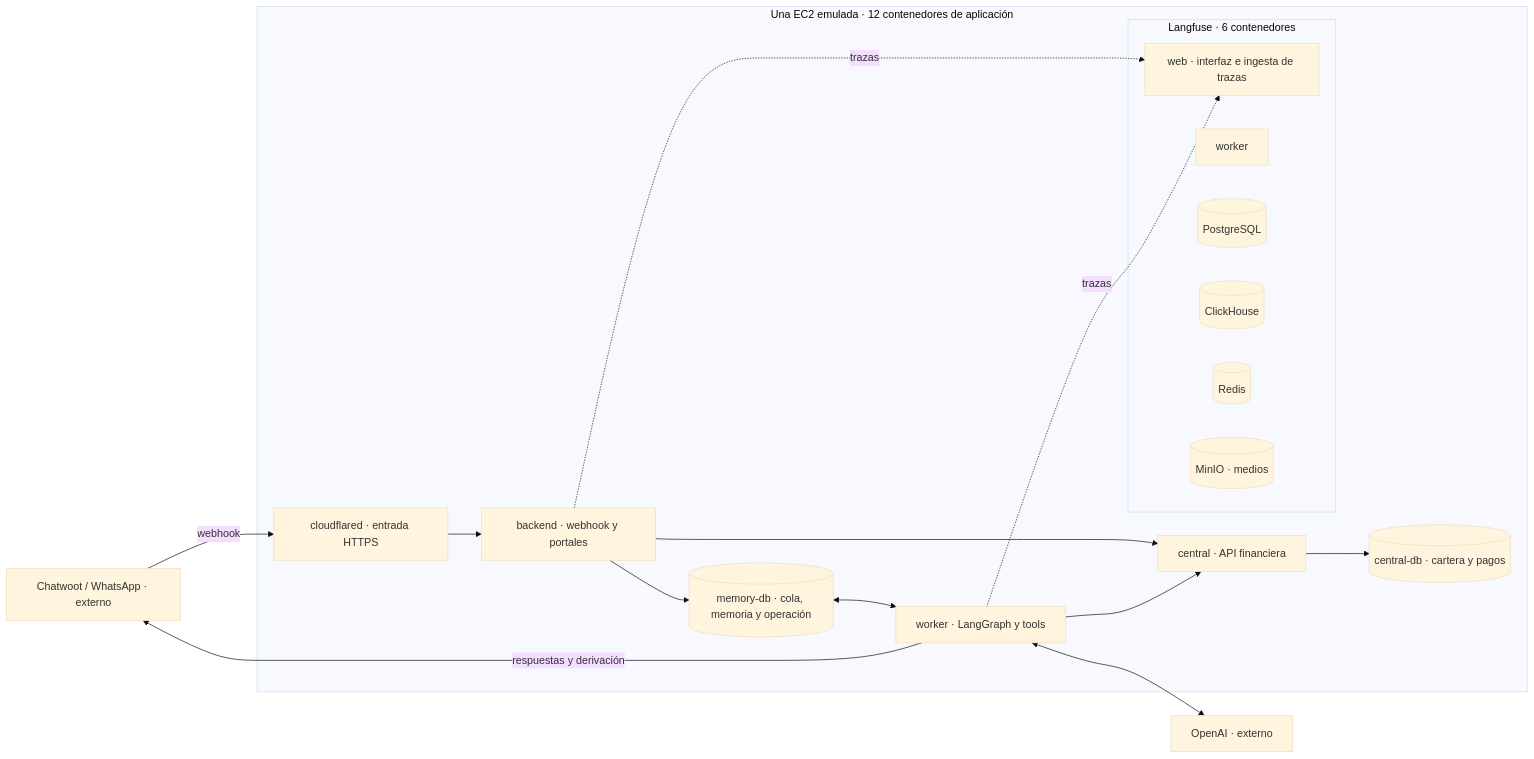
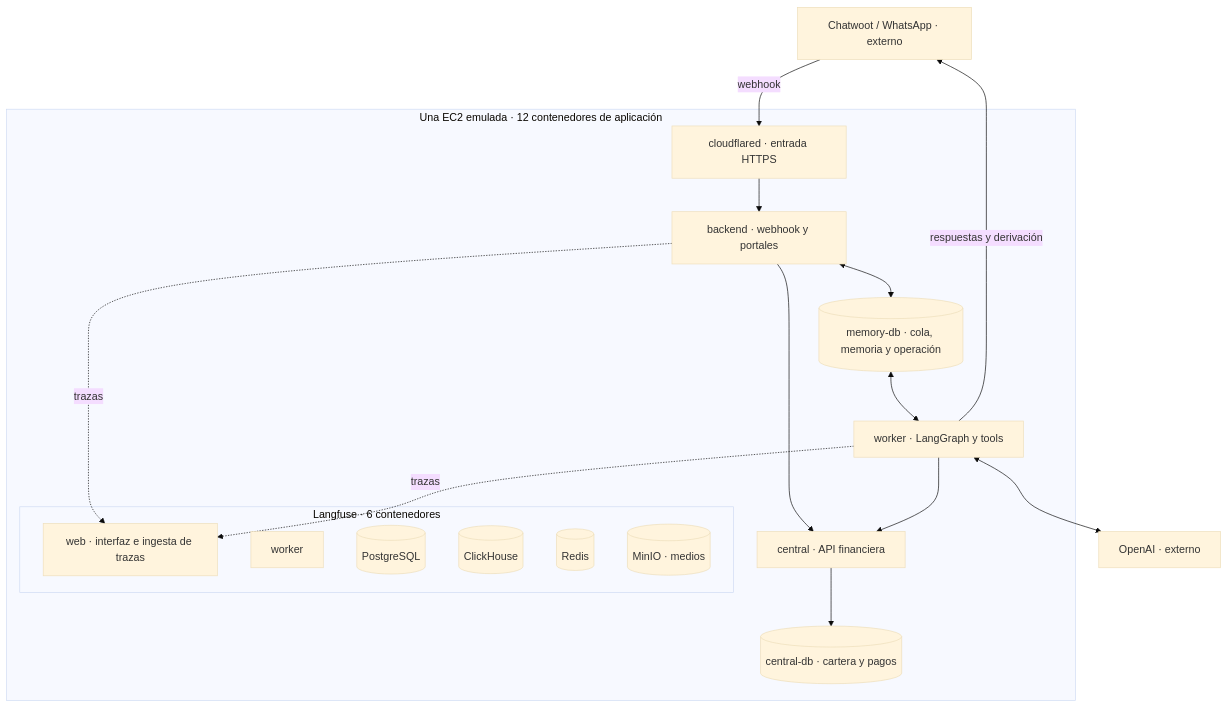
One commit to cristiandrangel/proyecto-agil changed the third of 3 diagrams in README.md. Above: the diagram before and after it, drawn with Mermaid (base theme). The commit also changed other lines of this file and 6 other files, not shown here.

Commit message:
docs: consolidate architecture and system sequence diagrams

````diff
--- a/README.md
+++ b/README.md
@@ -1084,32 +1149,32 @@
 ```mermaid
-flowchart LR
+flowchart TB
     CW["Chatwoot / WhatsApp · externo"]
     AI["OpenAI · externo"]
     subgraph EC2["Una EC2 emulada · 12 contenedores de aplicación"]
         CF["cloudflared · entrada HTTPS"]
         BE["backend · webhook y portales"]
         MD[("memory-db · cola, memoria y operación")]
         WO["worker · LangGraph y tools"]
         CE["central · API financiera"]
         CD[("central-db · cartera y pagos")]
         subgraph LF["Langfuse · 6 contenedores"]
             LW["web · interfaz e ingesta de trazas"]
             LK["worker"]
             LP[("PostgreSQL")]
             LC[("ClickHouse")]
             LRED[("Redis")]
             LM[("MinIO · medios")]
         end
         CF --> BE
-        BE --> MD
+        BE <--> MD
         MD <--> WO
         BE --> CE
         WO --> CE
         CE --> CD
         BE -. "trazas" .-> LW
         WO -. "trazas" .-> LW
     end
     CW -- "webhook" --> CF
     WO -- "respuestas y derivación" --> CW
     WO <--> AI
 ```
````
